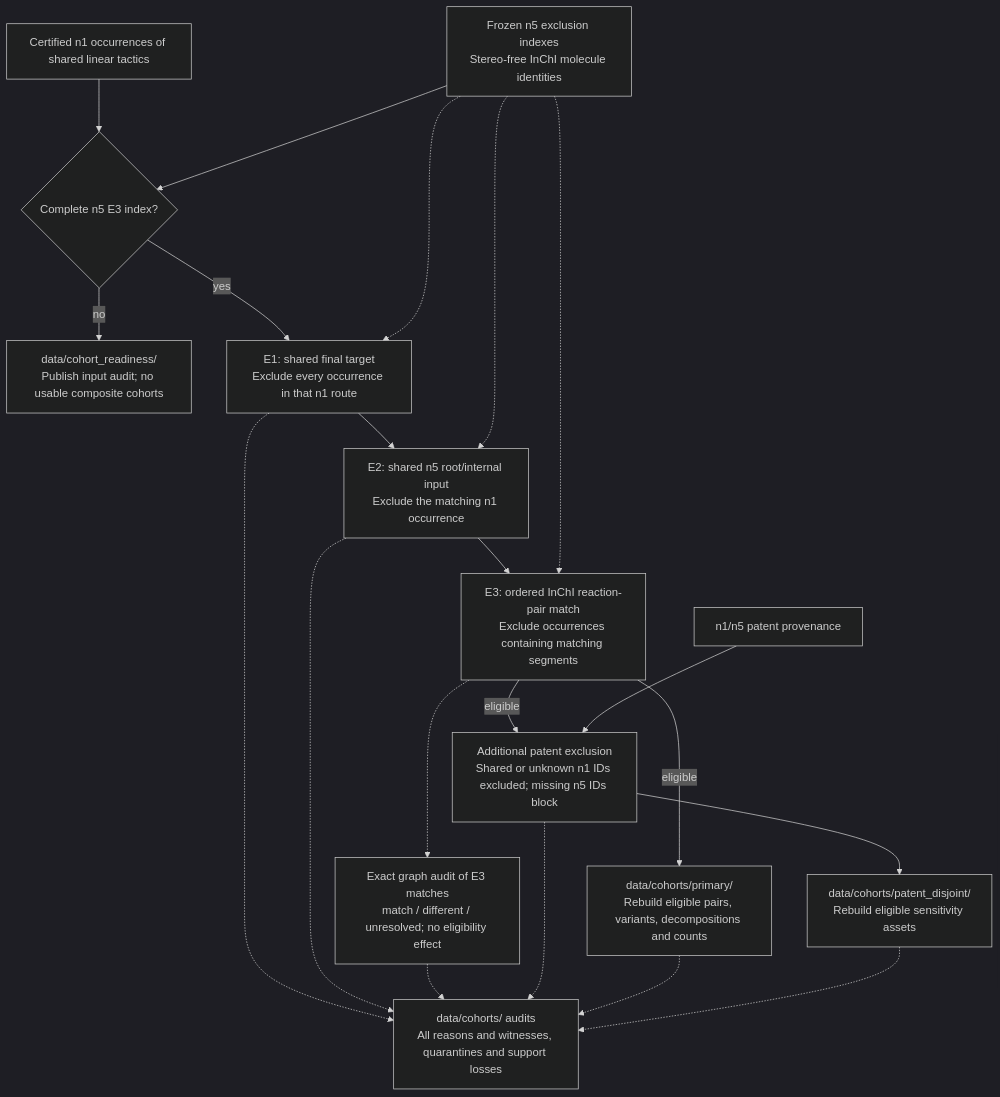
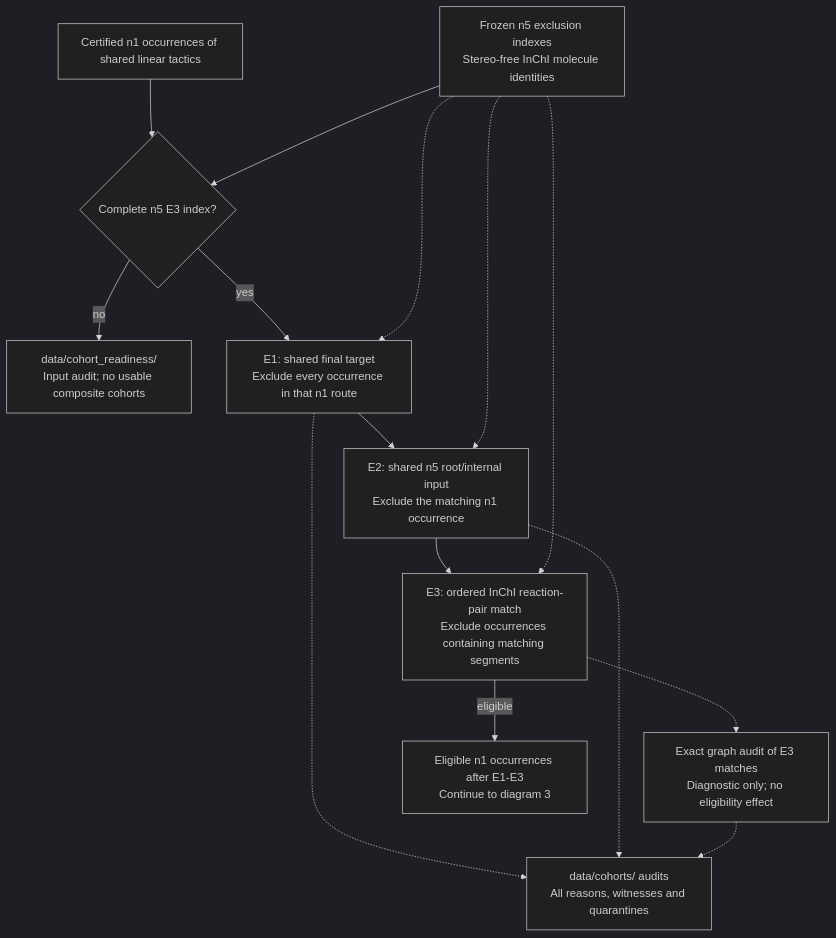
The second of 3 diagrams in docs/diagrams/preparation.md (Protolaw/retrocomposite), drawn with Mermaid (dark theme) before and after one commit. The commit also changed other lines of this file and 10 other files, not shown here.

````diff
--- a/docs/diagrams/preparation.md
+++ b/docs/diagrams/preparation.md
@@ -34,32 +40,24 @@
 ```mermaid
 flowchart TD
     N1["Certified n1 occurrences of shared linear tactics"]
     N5["Frozen n5 exclusion indexes<br/>Stereo-free InChI molecule identities"]
     READY{"Complete n5 E3 index?"}
-    BLOCK["data/cohort_readiness/<br/>Publish input audit; no usable composite cohorts"]
+    BLOCK["data/cohort_readiness/<br/>Input audit; no usable composite cohorts"]
     E1["E1: shared final target<br/>Exclude every occurrence in that n1 route"]
     E2["E2: shared n5 root/internal input<br/>Exclude the matching n1 occurrence"]
     E3["E3: ordered InChI reaction-pair match<br/>Exclude occurrences containing matching segments"]
-    GRAPH["Exact graph audit of E3 matches<br/>match / different / unresolved; no eligibility effect"]
-    PRIMARY["data/cohorts/primary/<br/>Rebuild eligible pairs, variants, decompositions and counts"]
-    PATENTS["n1/n5 patent provenance"]
-    PATENT["Additional patent exclusion<br/>Shared or unknown n1 IDs excluded; missing n5 IDs block"]
-    SENS["data/cohorts/patent_disjoint/<br/>Rebuild eligible sensitivity assets"]
-    AUDIT["data/cohorts/ audits<br/>All reasons and witnesses, quarantines and support losses"]
+    GRAPH["Exact graph audit of E3 matches<br/>Diagnostic only; no eligibility effect"]
+    ELIGIBLE["Eligible n1 occurrences after E1-E3<br/>Continue to diagram 3"]
+    AUDIT["data/cohorts/ audits<br/>All reasons, witnesses and quarantines"]
     N1 --> READY
     N5 --> READY
     READY -->|yes| E1 --> E2 --> E3
     READY -->|no| BLOCK
     N5 -.-> E1
     N5 -.-> E2
     N5 -.-> E3
-    E3 -->|eligible| PRIMARY
-    E3 -->|eligible| PATENT --> SENS
-    PATENTS --> PATENT
     E1 -.-> AUDIT
     E2 -.-> AUDIT
     E3 -.-> GRAPH -.-> AUDIT
-    PATENT -.-> AUDIT
-    PRIMARY -.-> AUDIT
-    SENS -.-> AUDIT
+    E3 -->|eligible| ELIGIBLE
 ```
````
